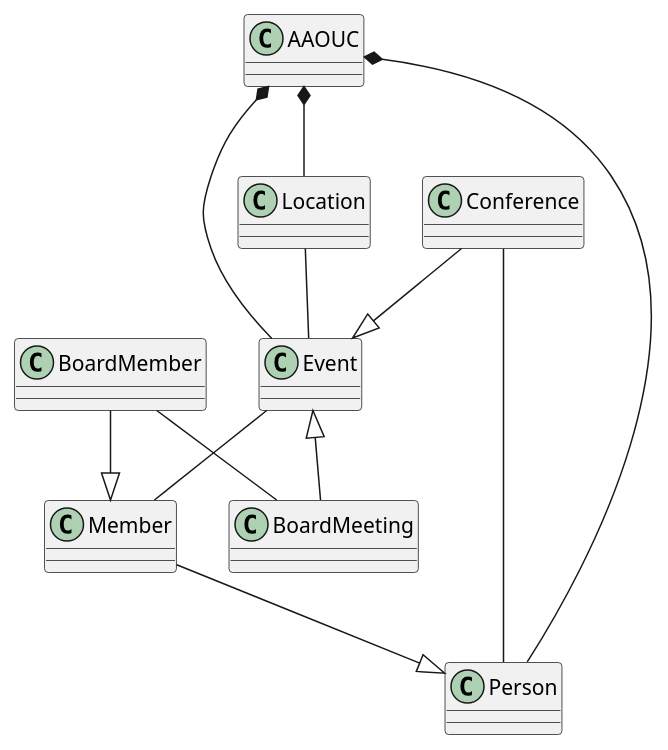
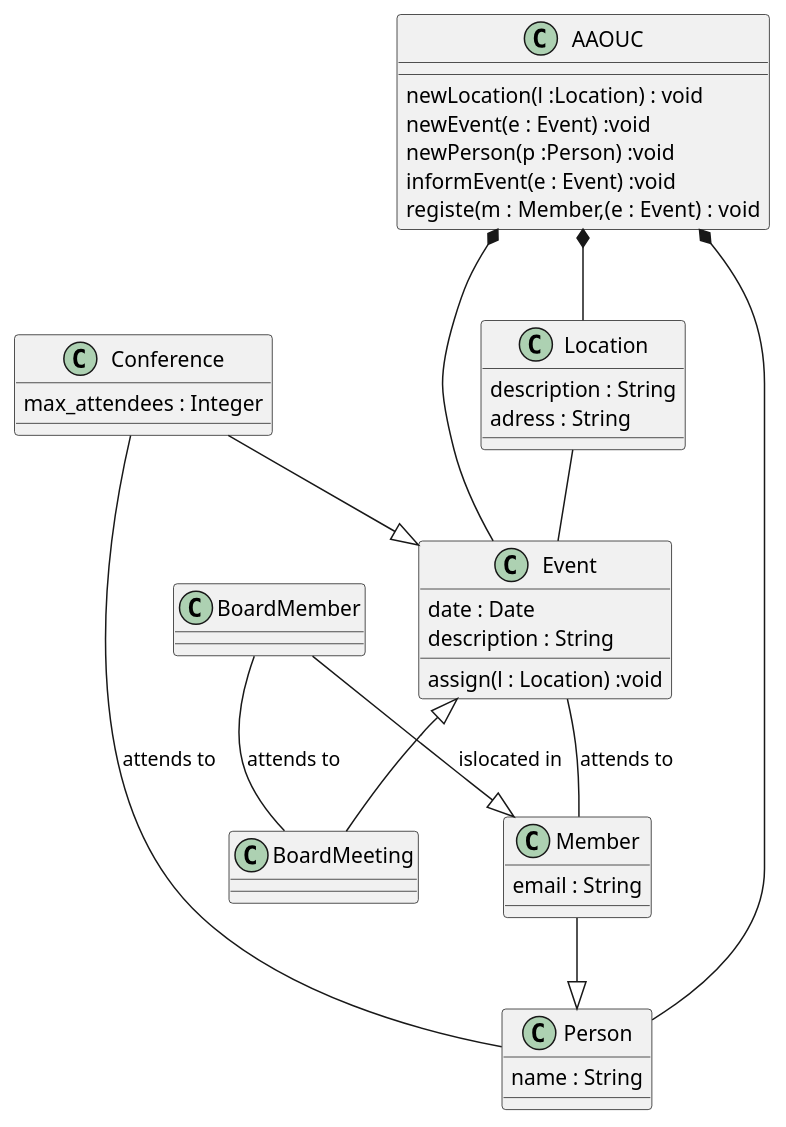
The diagram in src/plantUMLCarlosPerez.puml (Carlosmanuelpre/PLANumlCarlosPerez), drawn with PlantUML before and after one commit.

Commit message:
Apartado 3, He introducido los mismos datos que se muestran en ejemplo del ejercicio, y tambien añadido una serie de notas en algunas de las relaciones de clases siguiendo los mismos pasos de la muestra

```diff
--- a/src/plantUMLCarlosPerez.puml
+++ b/src/plantUMLCarlosPerez.puml
@@ -1,43 +1,56 @@
 @startuml
 class Member {
+email : String
 }
 
 class BoardMember {
 
 }
 
 class Event {
+date : Date
+description : String
+assign(l : Location) :void
 
 }
 
 class Conference {
+max_attendees : Integer
 
 }
 
 class BoardMeeting {
 }
 
 class Location {
+description : String
+adress : String
 
 }
 
 class Person {
+name : String
 }
 
 class AAOUC {
+newLocation(l :Location) : void
+newEvent(e : Event) :void
+newPerson(p :Person) :void
+informEvent(e : Event) :void
+registe(m : Member,(e : Event) : void
 }
 
 Event <|-- BoardMeeting
 Conference --|> Event
-BoardMember --|> Member
+BoardMember --|> Member: islocated in
 Member --|> Person
 Location -- Event
-Event -- Member
-Conference -- Person
-BoardMember -- BoardMeeting
+Event -- Member: attends to
+Conference -- Person: attends to
+BoardMember -- BoardMeeting: attends to
 AAOUC *-- Event
 AAOUC *-- Location
 AAOUC *-- Person
 
 
 @enduml
```
